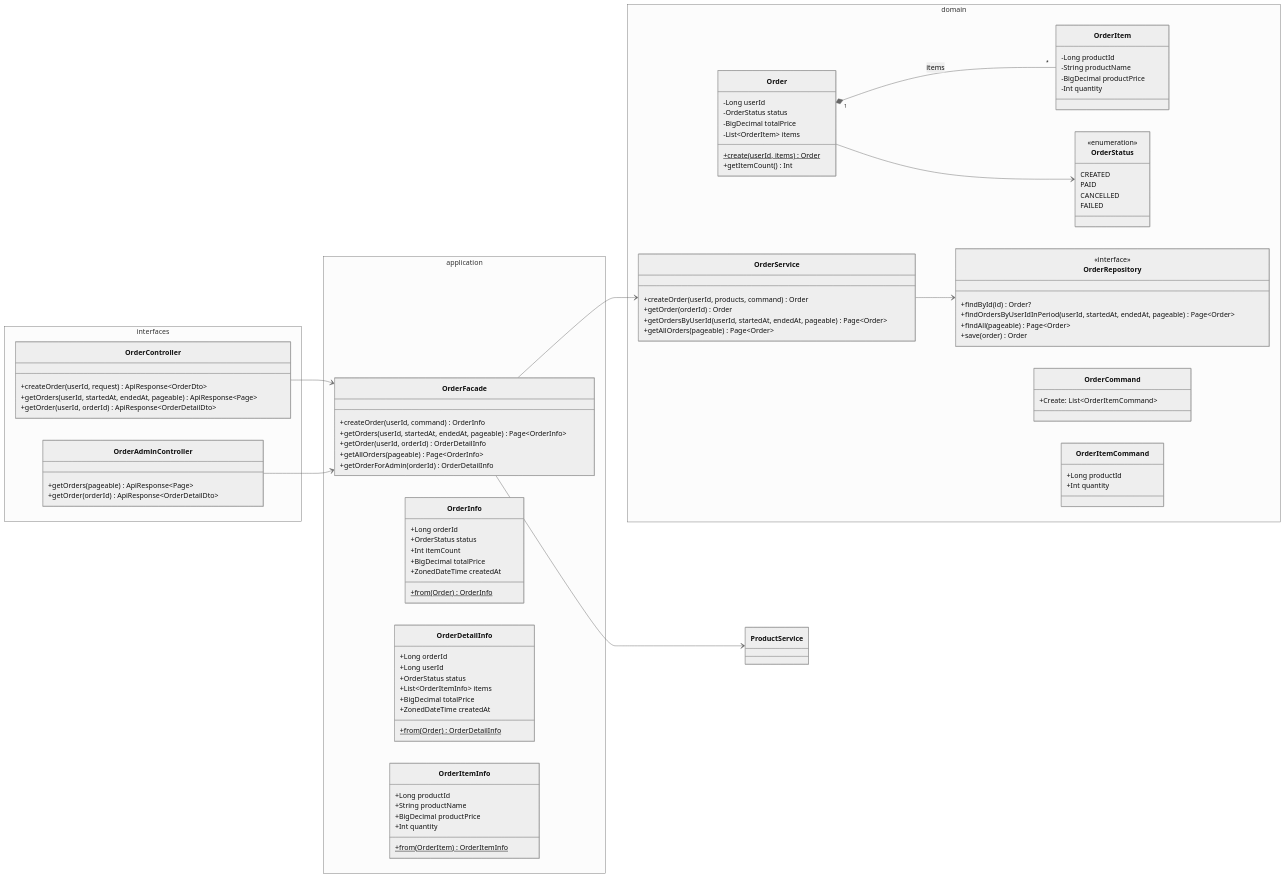
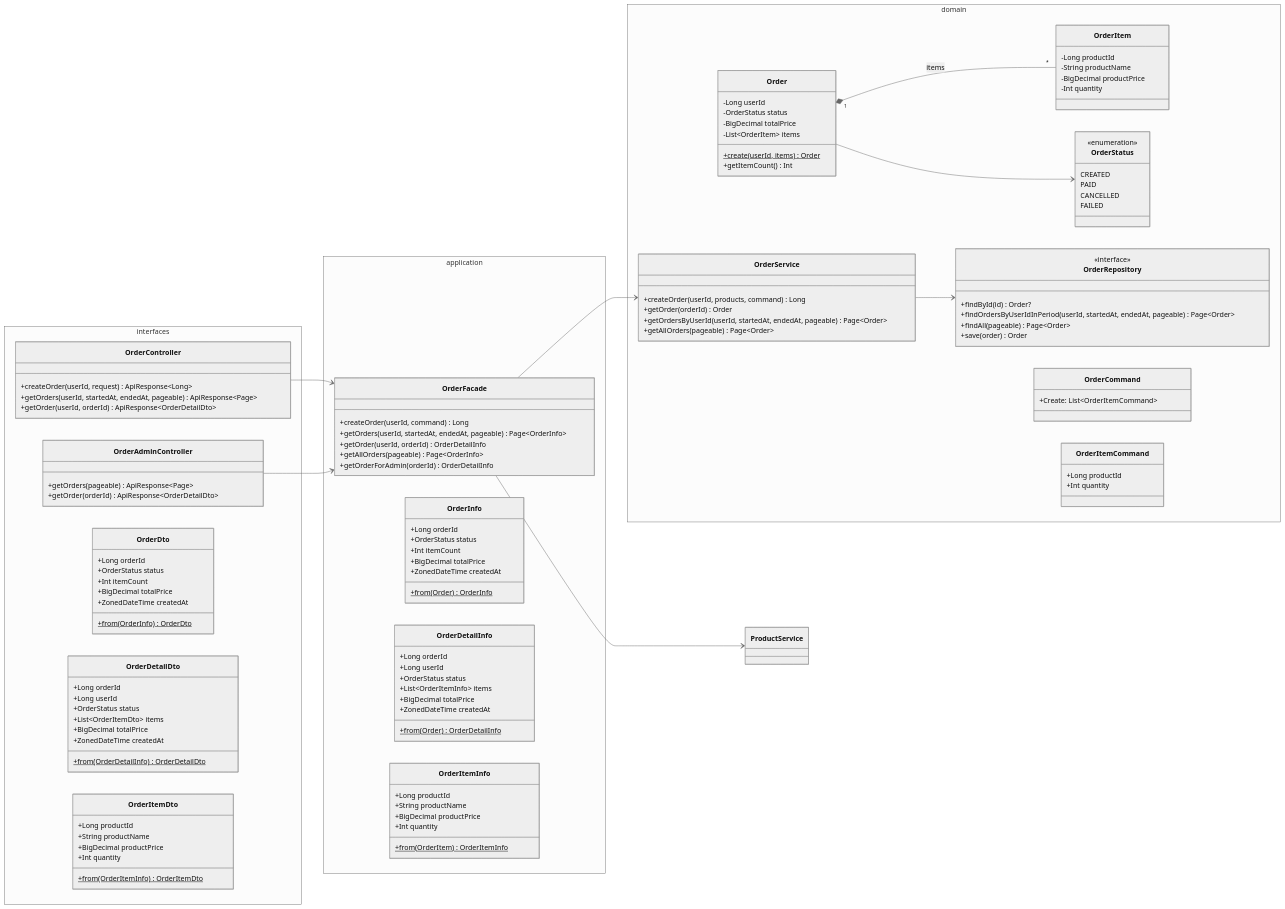
Before and after one commit to Loopers-dev-lab/loop-pack-be-l2-vol3-kotlin: the fifth of 7 diagrams in docs/design/03-class-diagram.md, drawn with Mermaid (neutral theme). The commit also changed other lines of this file and 4 other files, not shown here.

```diff
--- a/docs/design/03-class-diagram.md
+++ b/docs/design/03-class-diagram.md
@@ -437,7 +465,7 @@
 
     namespace interfaces {
         class OrderController {
-            +createOrder(userId, request) ApiResponse~OrderDto~
+            +createOrder(userId, request) ApiResponse~Long~
             +getOrders(userId, startedAt, endedAt, pageable) ApiResponse~Page~
             +getOrder(userId, orderId) ApiResponse~OrderDetailDto~
         }
@@ -445,11 +473,35 @@
             +getOrders(pageable) ApiResponse~Page~
             +getOrder(orderId) ApiResponse~OrderDetailDto~
         }
+        class OrderDto {
+            +Long orderId
+            +OrderStatus status
+            +Int itemCount
+            +BigDecimal totalPrice
+            +ZonedDateTime createdAt
+            +from(OrderInfo)$ OrderDto
+        }
+        class OrderDetailDto {
+            +Long orderId
+            +Long userId
+            +OrderStatus status
+            +List~OrderItemDto~ items
+            +BigDecimal totalPrice
+            +ZonedDateTime createdAt
+            +from(OrderDetailInfo)$ OrderDetailDto
+        }
+        class OrderItemDto {
+            +Long productId
+            +String productName
+            +BigDecimal productPrice
+            +Int quantity
+            +from(OrderItemInfo)$ OrderItemDto
+        }
     }
 
     namespace application {
         class OrderFacade {
-            +createOrder(userId, command) OrderInfo
+            +createOrder(userId, command) Long
             +getOrders(userId, startedAt, endedAt, pageable) Page~OrderInfo~
             +getOrder(userId, orderId) OrderDetailInfo
             +getAllOrders(pageable) Page~OrderInfo~
@@ -504,7 +556,7 @@
             FAILED
         }
         class OrderService {
-            +createOrder(userId, products, command) Order
+            +createOrder(userId, products, command) Long
             +getOrder(orderId) Order
             +getOrdersByUserId(userId, startedAt, endedAt, pageable) Page~Order~
             +getAllOrders(pageable) Page~Order~
```
